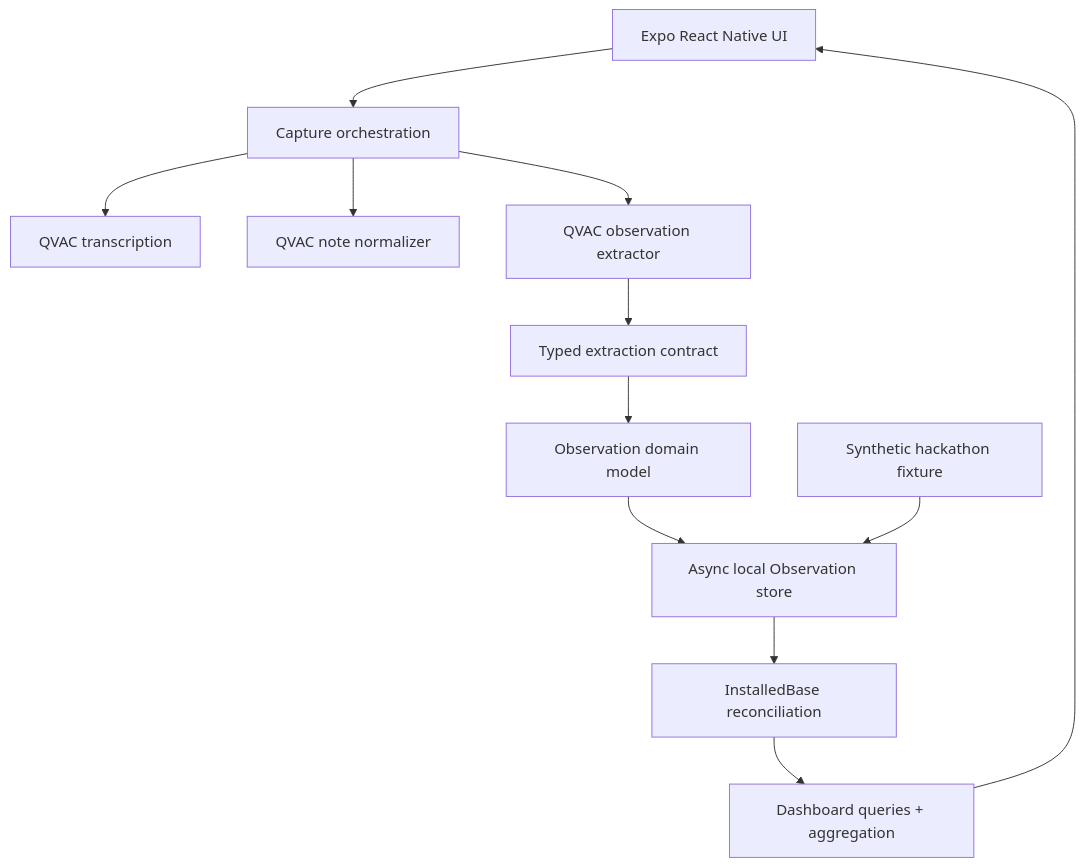
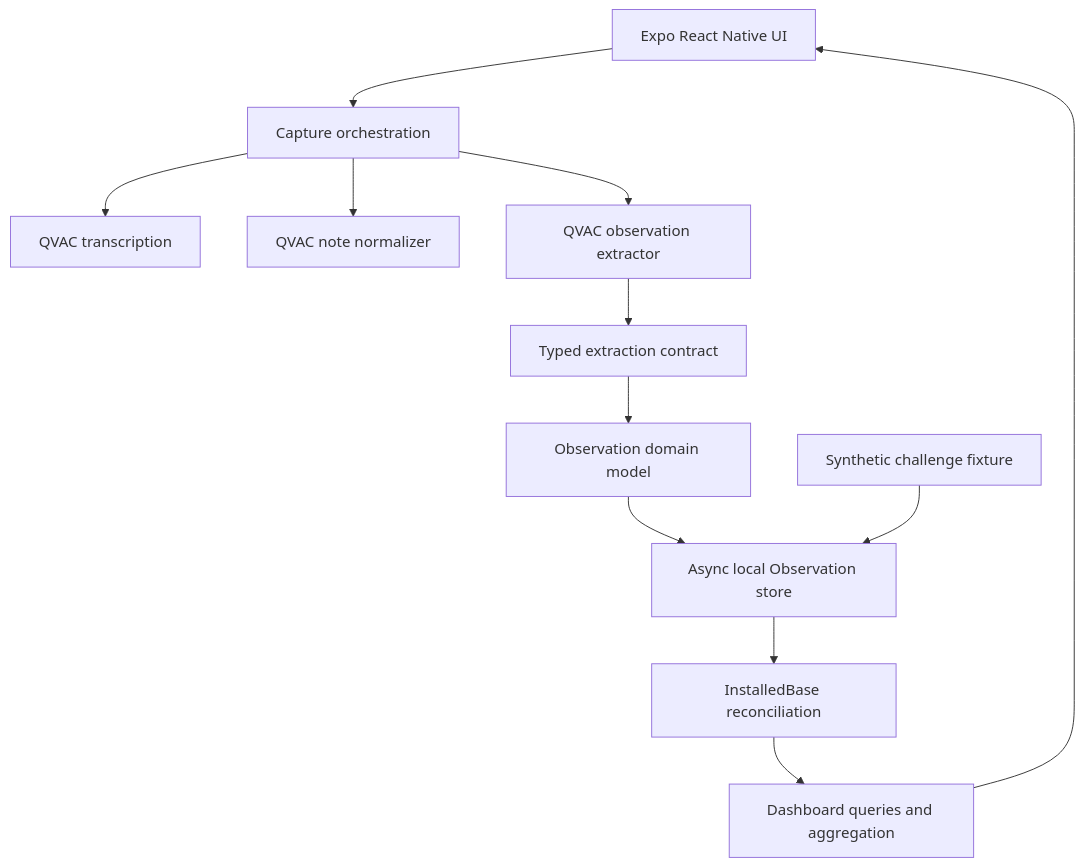
Before and after one commit to quantumquirkxyz/Caffeine-Express: the third of 5 diagrams in README.md, drawn with Mermaid. The commit also changed other lines of this file, not shown here.

Commit message:
docs: rebuild README for FieldSite and challenge compliance

````diff
--- a/README.md
+++ b/README.md
@@ -114,15 +88,14 @@
 ```mermaid
 flowchart TD
-    UI["Expo React Native UI"] --> CAPTURE["Capture orchestration"]
-    CAPTURE --> TRANSCRIBE["QVAC transcription"]
-    CAPTURE --> NORMALIZE["QVAC note normalizer"]
-    CAPTURE --> EXTRACT["QVAC observation extractor"]
-    EXTRACT --> CONTRACT["Typed extraction contract"]
-    CONTRACT --> DOMAIN["Observation domain model"]
-    DOMAIN --> OBSSTORE["Async local Observation store"]
-    OBSSTORE --> BASE["InstalledBase reconciliation"]
-    BASE --> QUERY["Dashboard queries + aggregation"]
+    UI[Expo React Native UI] --> ORCH[Capture orchestration]
+    ORCH --> STT[QVAC transcription]
+    ORCH --> CLEAN[QVAC note normalizer]
+    ORCH --> EXTRACT[QVAC observation extractor]
+    EXTRACT --> CONTRACT[Typed extraction contract]
+    CONTRACT --> DOMAIN[Observation domain model]
+    DOMAIN --> STORE[Async local Observation store]
+    STORE --> RECON[InstalledBase reconciliation]
+    RECON --> QUERY[Dashboard queries and aggregation]
     QUERY --> UI
-
-    FIXTURE["Synthetic hackathon fixture"] --> OBSSTORE
+    FIXTURE[Synthetic challenge fixture] --> STORE
 ```
````
